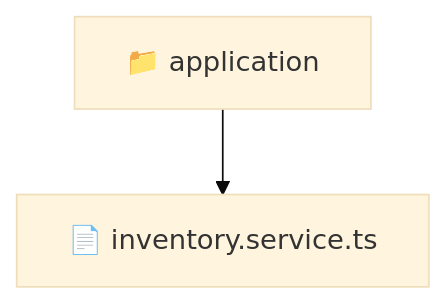
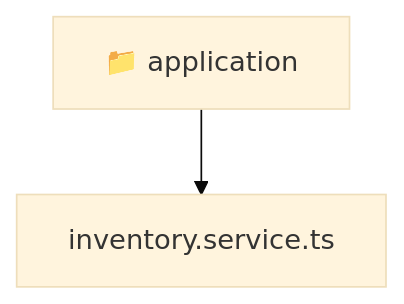
One commit to beginwebdev2002/fullstack-mavluda changed the diagram in backend/src/modules/inventory/application/README.md. Above: the diagram before and after it, drawn with Mermaid (base theme). The commit also changed other lines of this file and 167 other files, not shown here.

````diff
--- a/backend/src/modules/inventory/application/README.md
+++ b/backend/src/modules/inventory/application/README.md
@@ -9,5 +9,6 @@
 ```mermaid
 graph TD
-  Root["📁 application"]
-  Root --> inventory_service_ts["📄 inventory.service.ts"]
+  Root_application["📁 application"]
+  f_inventory_service_ts["inventory.service.ts"]
+  Root_application --> f_inventory_service_ts
 ```
````
